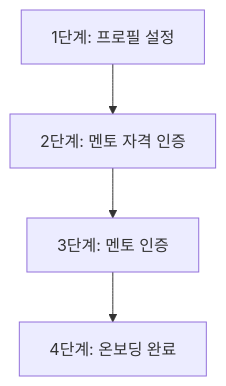
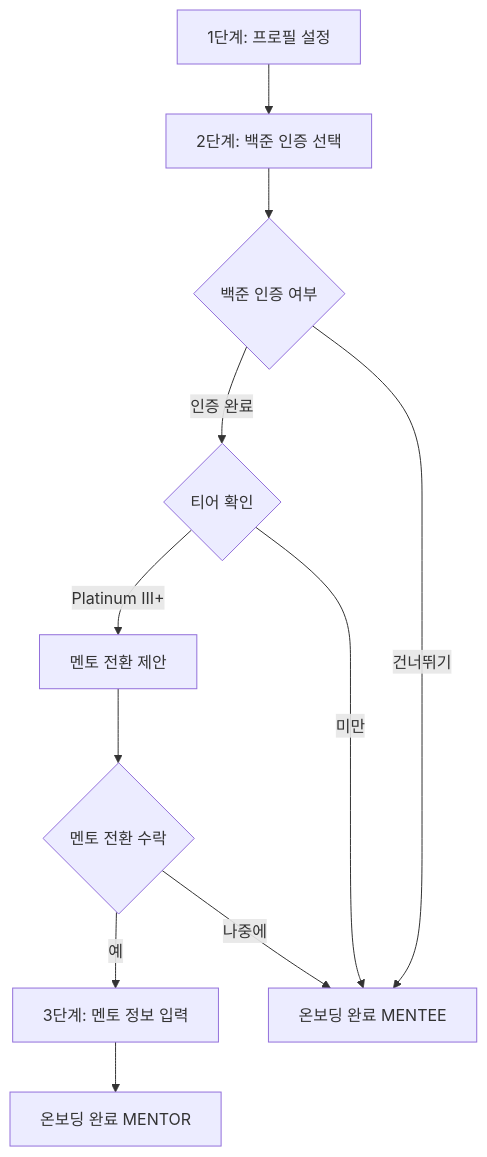
Before and after one commit to cotept/cotept: the diagram in docs/development/onBoard-flow.md, drawn with Mermaid. The commit also changed other lines of this file and 2 other files, not shown here.

First line of the commit message:
docs: update onboarding flow diagram and development guides

````diff
--- a/docs/development/onBoard-flow.md
+++ b/docs/development/onBoard-flow.md
@@ -5,12 +7,23 @@
 ```mermaid
+flowchart TD
+    A[1단계: 프로필 설정]
+    B[2단계: 백준 인증 선택]
+    C{백준 인증 여부}
+    D{티어 확인}
+    E[멘토 전환 제안]
+    F{멘토 전환 수락}
+    G[3단계: 멘토 정보 입력]
+    H[온보딩 완료 MENTEE]
+    I[온보딩 완료 MENTOR]
 
-flowchart TD
-    A[1단계: 프로필 설정]
-    B[2단계: 멘토 자격 인증]
-    C[3단계: 멘토 인증]
-    D[4단계: 온보딩 완료]
-
-    A --> B
-    B --> C
-    C --> D
+    A --> B
+    B --> C
+    C -->|건너뛰기| H
+    C -->|인증 완료| D
+    D -->|Platinum III+| E
+    D -->|미만| H
+    E --> F
+    F -->|예| G
+    F -->|나중에| H
+    G --> I
 ```
````
